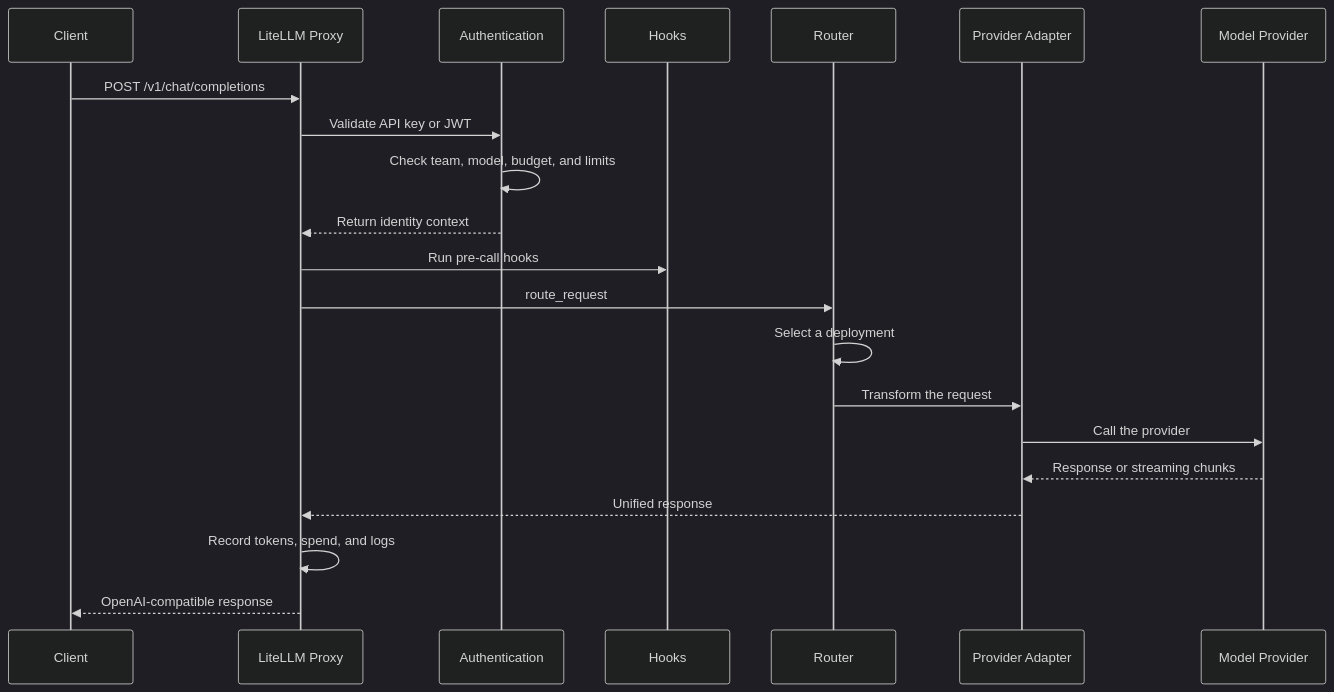
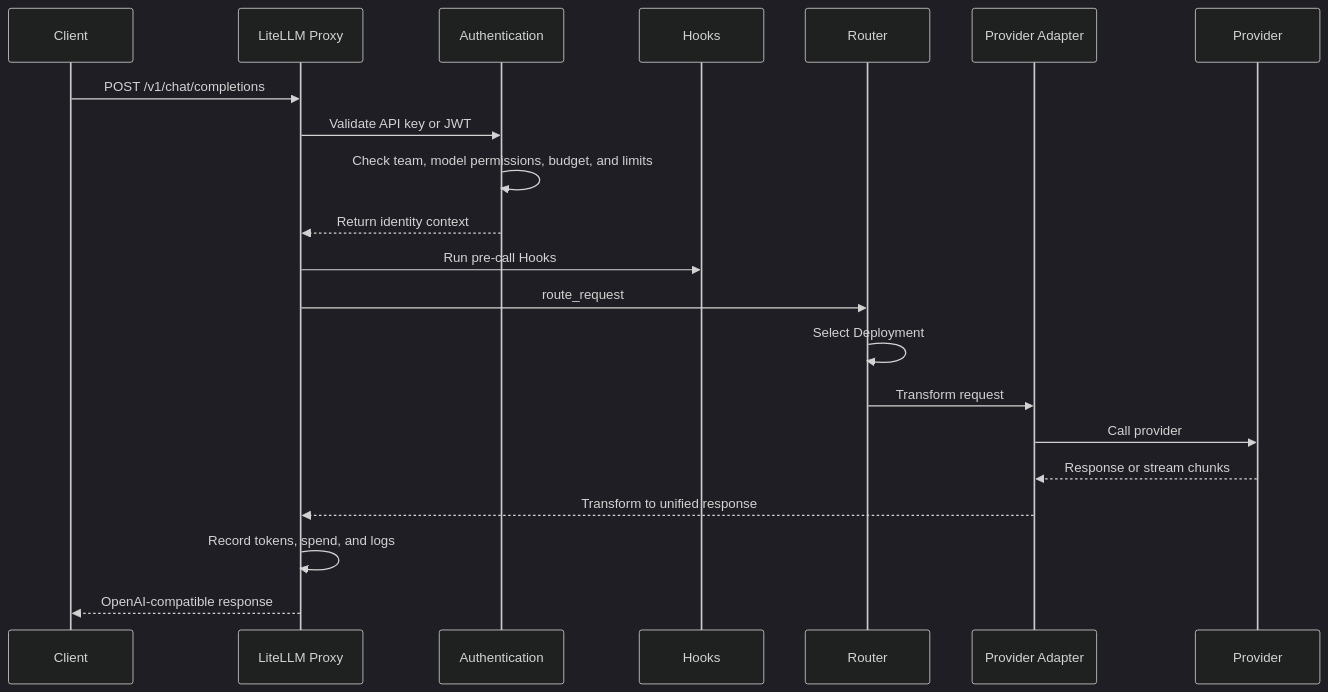
Before and after one commit to zj75968-cpu/docusaurus: the fourth of 11 diagrams in website/i18n/en/docusaurus-plugin-content-docs/current/knowledge-base/guides/litellm-project-guide.md, drawn with Mermaid (dark theme). The commit also changed other lines of this file and 1 other file, not shown here.

Commit message:
docs(knowledge-base): publish LiteLLM project guide (AI-assisted)

````diff
--- a/website/i18n/en/docusaurus-plugin-content-docs/current/knowledge-base/guides/litellm-project-guide.md
+++ b/website/i18n/en/docusaurus-plugin-content-docs/current/knowledge-base/guides/litellm-project-guide.md
@@ -180,24 +190,24 @@
 ```mermaid
 sequenceDiagram
-    participant Client
+    participant Client as Client
     participant Proxy as LiteLLM Proxy
     participant Auth as Authentication
     participant Hook as Hooks
-    participant Router
+    participant Router as Router
     participant Adapter as Provider Adapter
-    participant LLM as Model Provider
+    participant LLM as Provider
 
     Client->>Proxy: POST /v1/chat/completions
     Proxy->>Auth: Validate API key or JWT
-    Auth->>Auth: Check team, model, budget, and limits
+    Auth->>Auth: Check team, model permissions, budget, and limits
     Auth-->>Proxy: Return identity context
-    Proxy->>Hook: Run pre-call hooks
+    Proxy->>Hook: Run pre-call Hooks
     Proxy->>Router: route_request
-    Router->>Router: Select a deployment
-    Router->>Adapter: Transform the request
-    Adapter->>LLM: Call the provider
-    LLM-->>Adapter: Response or streaming chunks
-    Adapter-->>Proxy: Unified response
+    Router->>Router: Select Deployment
+    Router->>Adapter: Transform request
+    Adapter->>LLM: Call provider
+    LLM-->>Adapter: Response or stream chunks
+    Adapter-->>Proxy: Transform to unified response
     Proxy->>Proxy: Record tokens, spend, and logs
     Proxy-->>Client: OpenAI-compatible response
 ```
````
